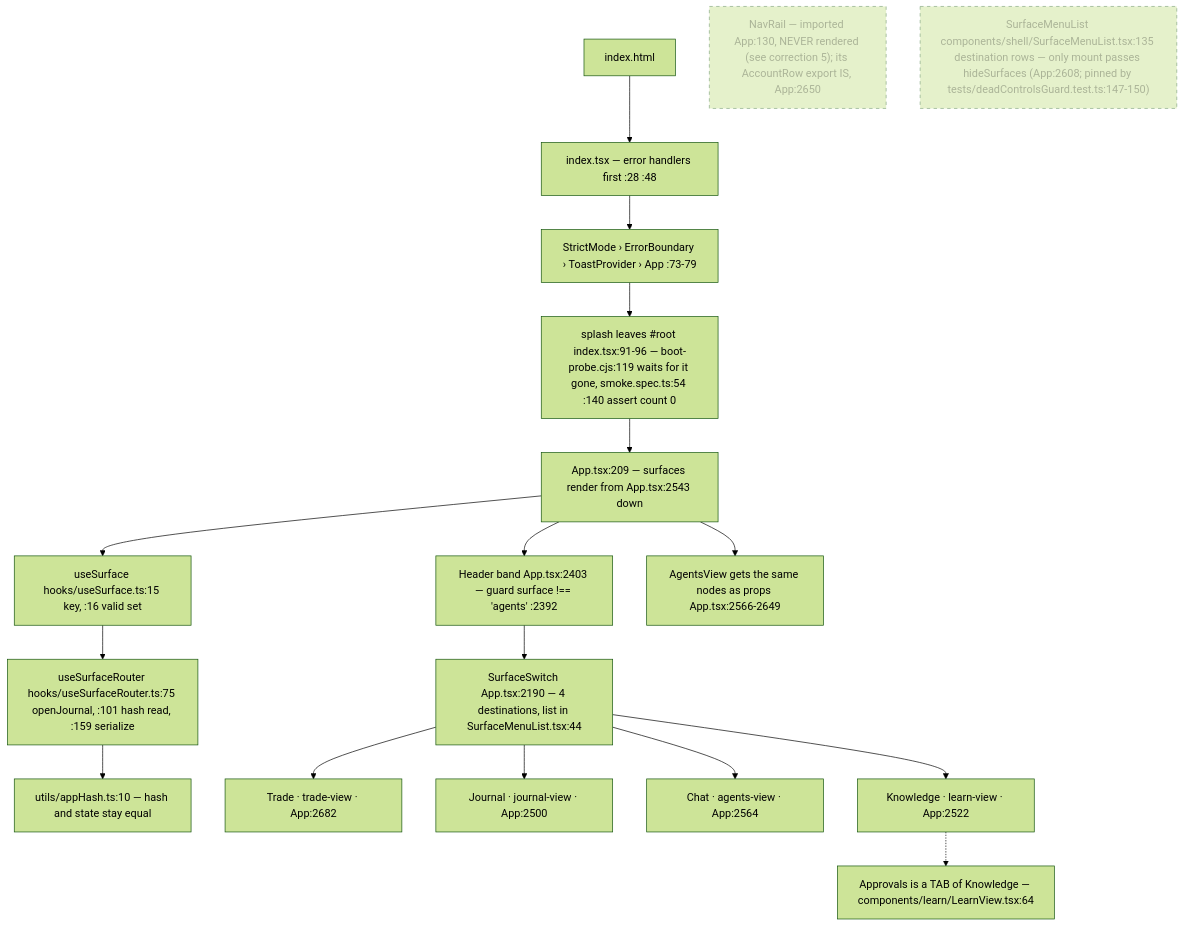
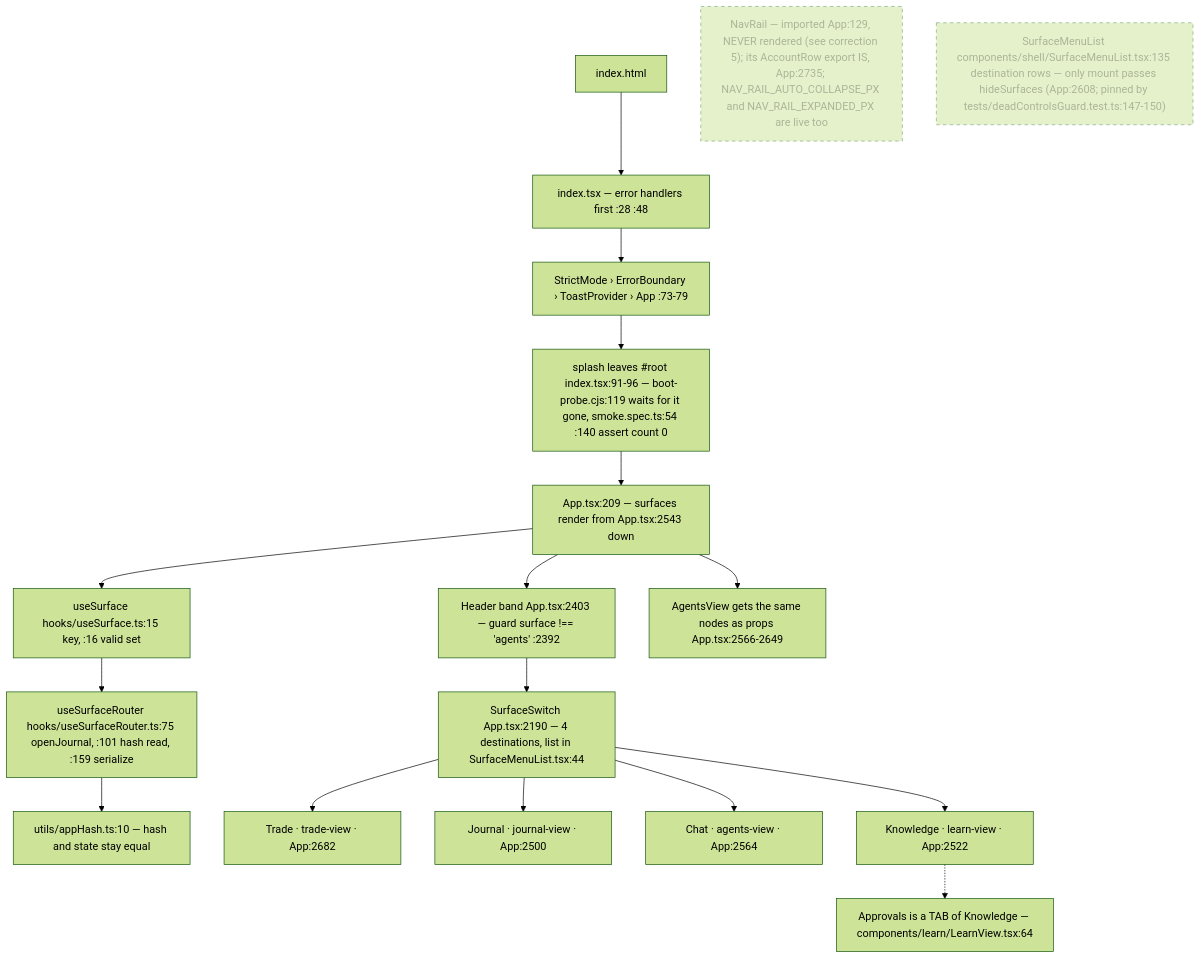
The first of 8 diagrams in docs/app-flow.md (Acepay25/august-3.5), drawn with Mermaid (forest theme) before and after one commit. The commit also changed other lines of this file and 3 other files, not shown here.

First line of the commit message:
docs(flow): the pattern-memory gate is test-only, not "the pre-trade gate"; NavRail anchors re-based

````diff
--- a/docs/app-flow.md
+++ b/docs/app-flow.md
@@ -44,21 +44,21 @@
 ```mermaid
 flowchart TD
     H["index.html"] --> I["index.tsx — error handlers first :28 :48"]
     I --> S["StrictMode › ErrorBoundary › ToastProvider › App :73-79"]
     S --> SP["splash leaves #root index.tsx:91-96 — boot-probe.cjs:119 waits for it gone, smoke.spec.ts:54 :140 assert count 0"]
     SP --> APP["App.tsx:209 — surfaces render from App.tsx:2543 down"]
     APP --> US["useSurface hooks/useSurface.ts:15 key, :16 valid set"]
     US --> UR["useSurfaceRouter hooks/useSurfaceRouter.ts:75 openJournal, :101 hash read, :159 serialize"]
     UR --> HASH["utils/appHash.ts:10 — hash and state stay equal"]
     APP --> HD["Header band App.tsx:2403 — guard surface !== 'agents' :2392"]
     HD --> SW["SurfaceSwitch App.tsx:2190 — 4 destinations, list in SurfaceMenuList.tsx:44"]
     APP --> AV["AgentsView gets the same nodes as props App.tsx:2566-2649"]
     SW --> T["Trade · trade-view · App:2682"]
     SW --> J["Journal · journal-view · App:2500"]
     SW --> C["Chat · agents-view · App:2564"]
     SW --> K["Knowledge · learn-view · App:2522"]
     K -.-> AP["Approvals is a TAB of Knowledge — components/learn/LearnView.tsx:64"]
-    NR["NavRail — imported App:130, NEVER rendered (see correction 5); its AccountRow export IS, App:2650"]:::dead
+    NR["NavRail — imported App:129, NEVER rendered (see correction 5); its AccountRow export IS, App:2735; NAV_RAIL_AUTO_COLLAPSE_PX and NAV_RAIL_EXPANDED_PX are live too"]:::dead
     SM["SurfaceMenuList components/shell/SurfaceMenuList.tsx:135 destination rows — only mount passes hideSurfaces (App:2608; pinned by tests/deadControlsGuard.test.ts:147-150)"]:::dead
     classDef dead stroke-dasharray: 5 5,opacity:.5
 ```
````
